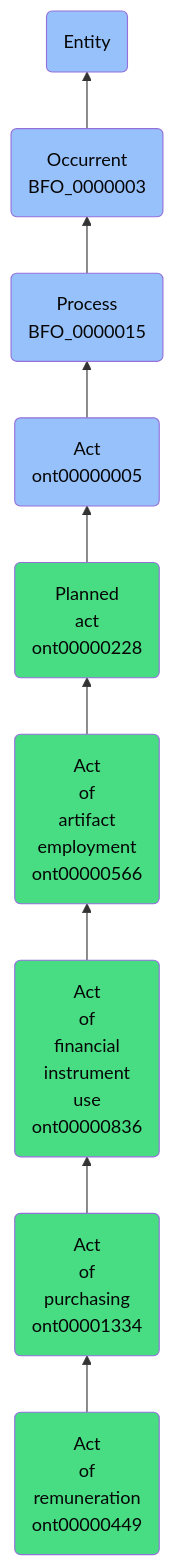
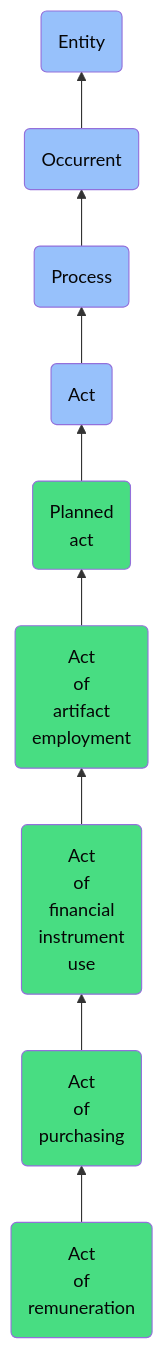
One commit to jupyter-naas/abi changed the diagram in docs/ontology/reference/model/Entity/Occurrent/Process/Act/Planned act/Act of artifact employment/Act of financial instrument use/Act of purchasing/Act of remuneration/Act of remuneration.md. Above: the diagram before and after it, drawn with Mermaid. The commit also changed other lines of this file and 1430 other files, not shown here.

````diff
--- a/docs/ontology/reference/model/Entity/Occurrent/Process/Act/Planned act/Act of artifact employment/Act of financial instrument use/Act of purchasing/Act of remuneration/Act of remuneration.md
+++ b/docs/ontology/reference/model/Entity/Occurrent/Process/Act/Planned act/Act of artifact employment/Act of financial instrument use/Act of purchasing/Act of remuneration/Act of remuneration.md
@@ -24,16 +24,16 @@
 ```mermaid
 graph BT
-    ont00000449(Act<br>of<br>remuneration<br>ont00000449):::ABI-->ont00001334
-    ont00001334(Act<br>of<br>purchasing<br>ont00001334):::ABI-->ont00000836
-    ont00000836(Act<br>of<br>financial<br>instrument<br>use<br>ont00000836):::ABI-->ont00000566
-    ont00000566(Act<br>of<br>artifact<br>employment<br>ont00000566):::ABI-->ont00000228
-    ont00000228(Planned<br>act<br>ont00000228):::ABI-->ont00000005
-    ont00000005(Act<br>ont00000005):::BFO-->BFO_0000015
-    BFO_0000015(Process<br>BFO_0000015):::BFO-->BFO_0000003
-    BFO_0000003(Occurrent<br>BFO_0000003):::BFO-->BFO_0000001
+    ont00000449(Act<br>of<br>remuneration):::ABI-->ont00001334
+    ont00001334(Act<br>of<br>purchasing):::ABI-->ont00000836
+    ont00000836(Act<br>of<br>financial<br>instrument<br>use):::ABI-->ont00000566
+    ont00000566(Act<br>of<br>artifact<br>employment):::ABI-->ont00000228
+    ont00000228(Planned<br>act):::ABI-->ont00000005
+    ont00000005(Act):::BFO-->BFO_0000015
+    BFO_0000015(Process):::BFO-->BFO_0000003
+    BFO_0000003(Occurrent):::BFO-->BFO_0000001
     BFO_0000001(Entity):::BFO
     
     classDef BFO fill:#97c1fb,color:#060606
     classDef CCO fill:#e4c51e,color:#060606
     classDef ABI fill:#48DD82,color:#060606
 ```
````
